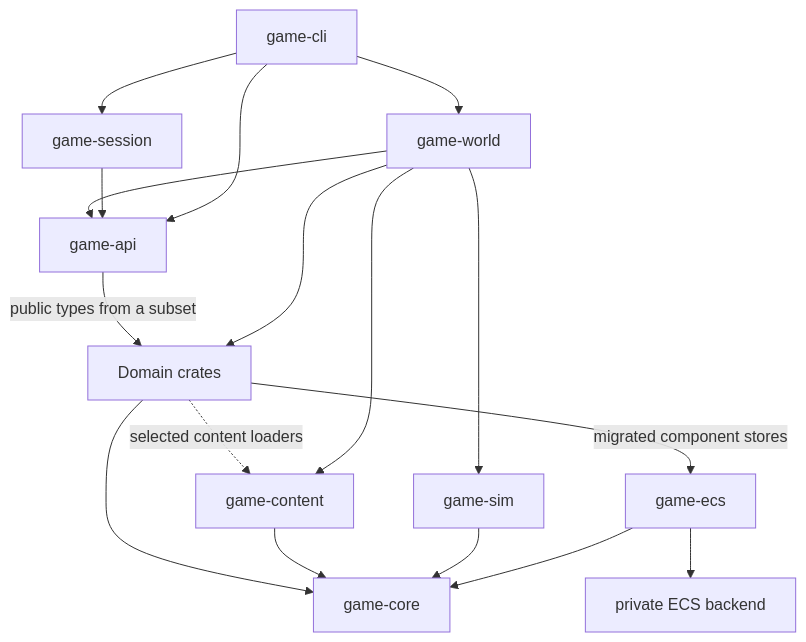
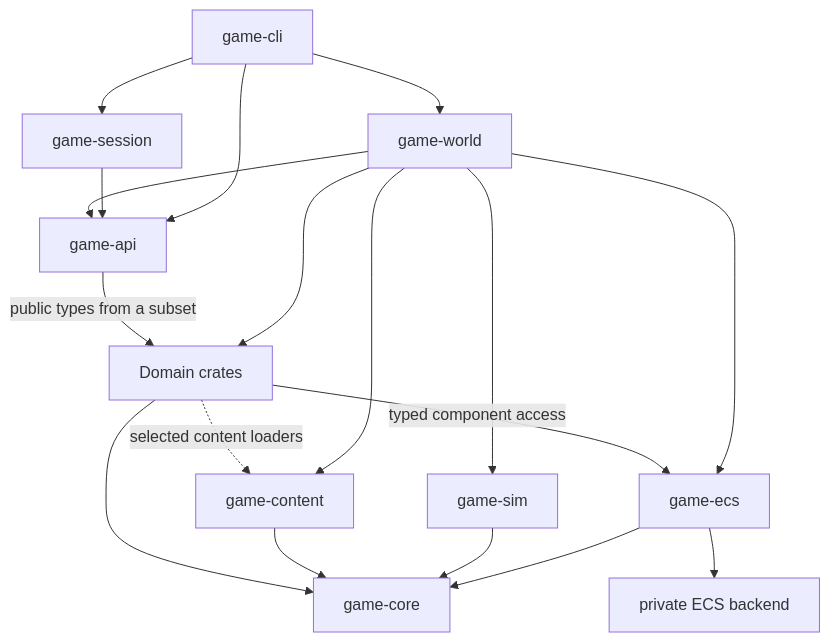
The diagram in crates/README.md (pmarathe25/Legacy), drawn with Mermaid before and after one commit. The commit also changed other lines of this file and 22 other files, not shown here.

````diff
--- a/crates/README.md
+++ b/crates/README.md
@@ -9,19 +9,20 @@
 ```mermaid
 flowchart TD
     CLI[game-cli] --> Session[game-session]
     CLI --> World[game-world]
     CLI --> API[game-api]
     Session --> API
     World --> API
     World --> Sim[game-sim]
     World --> Content[game-content]
-    Domains -->|migrated component stores| ECS[game-ecs]
+    World --> ECS
+    Domains -->|typed component access| ECS[game-ecs]
     ECS --> Core
     ECS --> Backend[private ECS backend]
     World --> Domains[Domain crates]
     API -->|public types from a subset| Domains
     Sim --> Core[game-core]
     Content --> Core
     Domains --> Core
     Domains -. selected content loaders .-> Content
 ```
````
